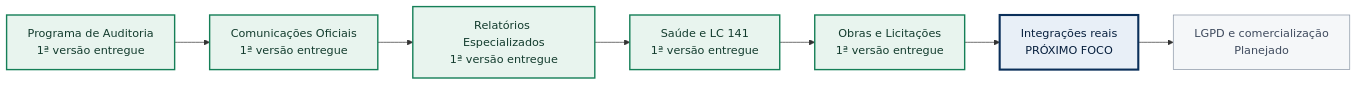
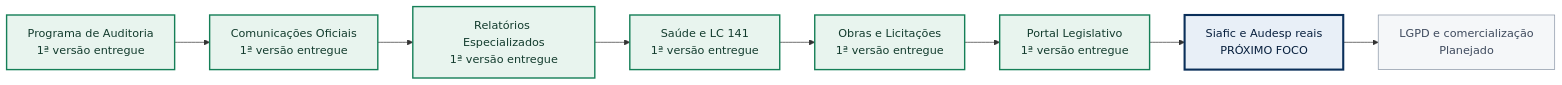
The second of 3 diagrams in docs/roadmap-modulos.md (matssz/trilhagov), drawn with Mermaid before and after one commit. The commit also changed other lines of this file and 33 other files, not shown here.

Commit message:
feat: cria portal legislativo municipal

````diff
--- a/docs/roadmap-modulos.md
+++ b/docs/roadmap-modulos.md
@@ -36,19 +37,20 @@
 ```mermaid
 flowchart LR
     A["Programa de Auditoria<br/>1ª versão entregue"]
     B["Comunicações Oficiais<br/>1ª versão entregue"]
     C["Relatórios Especializados<br/>1ª versão entregue"]
     D["Saúde e LC 141<br/>1ª versão entregue"]
     E["Obras e Licitações<br/>1ª versão entregue"]
-    F["Integrações reais<br/>PRÓXIMO FOCO"]
-    G["LGPD e comercialização<br/>Planejado"]
+    F["Portal Legislativo<br/>1ª versão entregue"]
+    G["Siafic e Audesp reais<br/>PRÓXIMO FOCO"]
+    H["LGPD e comercialização<br/>Planejado"]
 
-    A --> B --> C --> D --> E --> F --> G
+    A --> B --> C --> D --> E --> F --> G --> H
 
     classDef delivered fill:#e8f4ee,stroke:#157f57,color:#123b2d,stroke-width:2px;
     classDef focus fill:#e8eff7,stroke:#0a2f5a,color:#071f3d,stroke-width:3px;
     classDef planned fill:#f5f7f9,stroke:#8995a5,color:#3e4a5d,stroke-width:1px;
-    class A,B,C,D,E delivered;
-    class F focus;
-    class G planned;
+    class A,B,C,D,E,F delivered;
+    class G focus;
+    class H planned;
 ```
````
